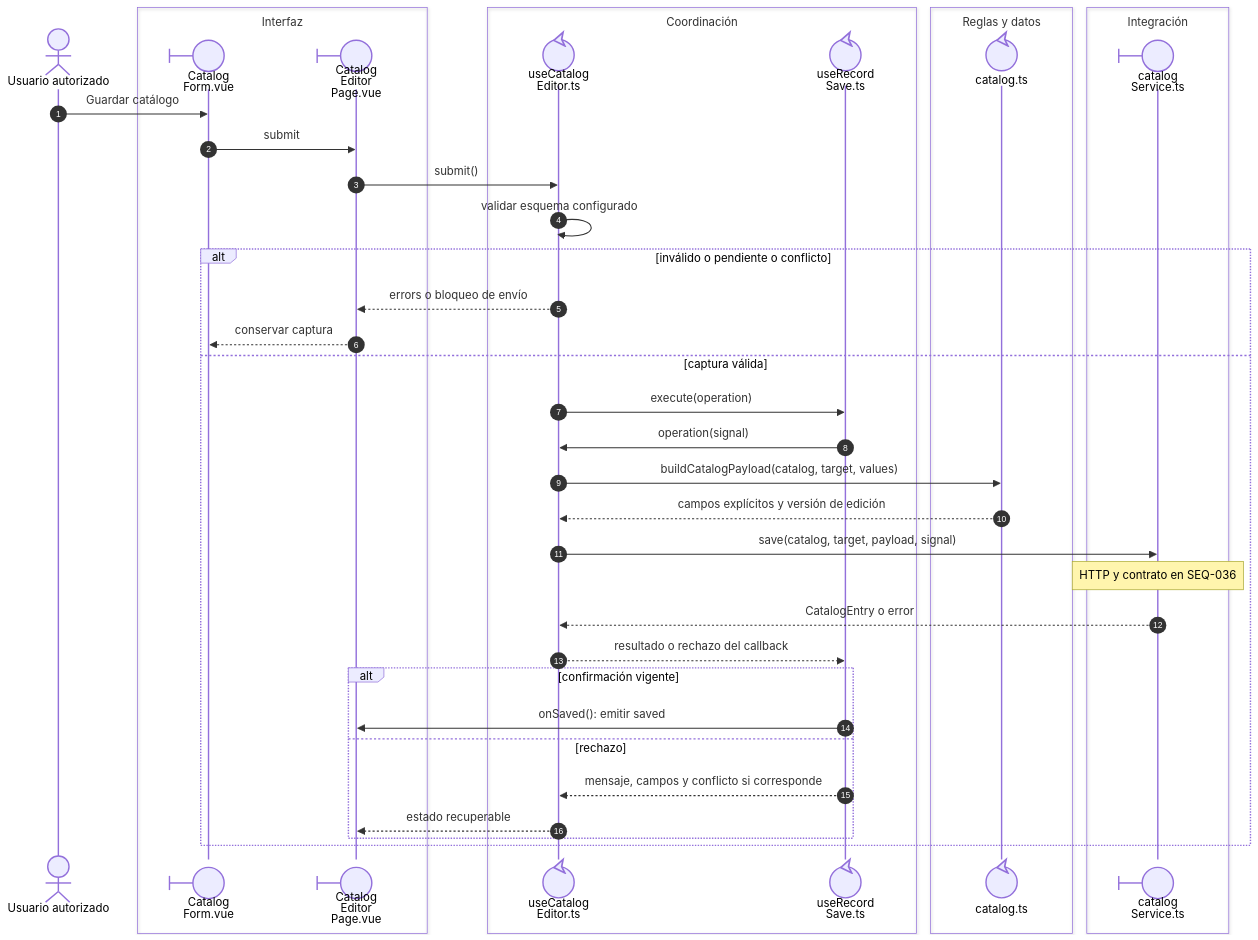
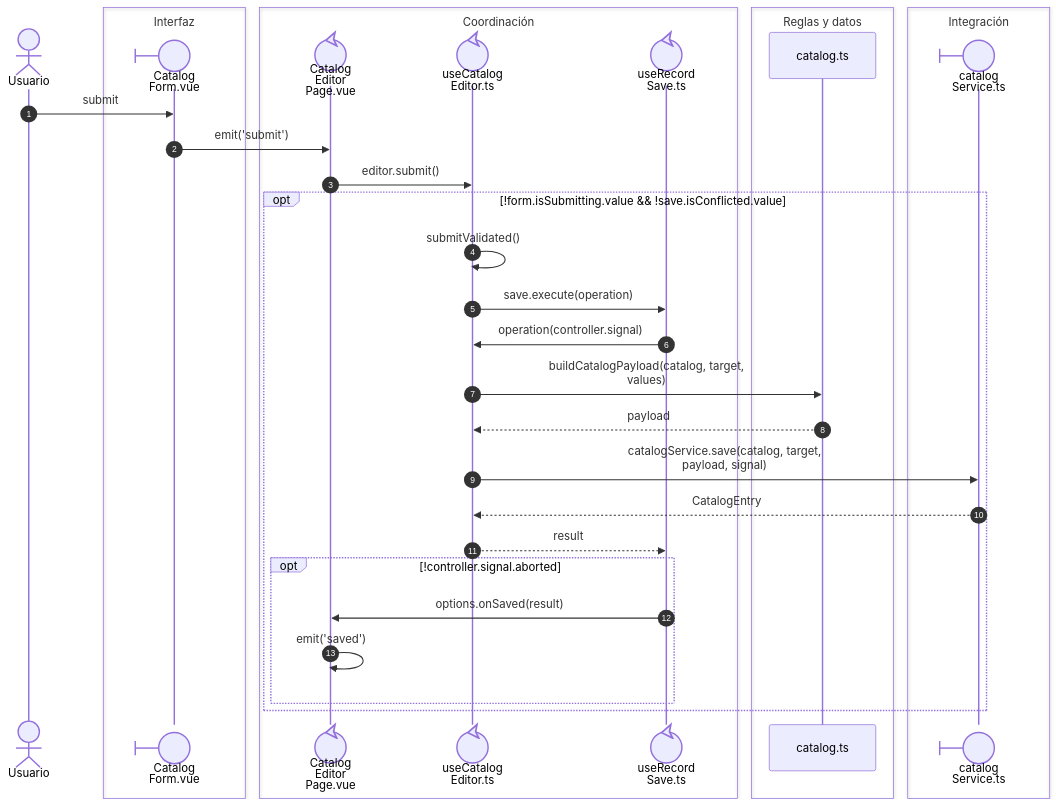
One commit to gpgsistemas01/nexus changed the first of 2 diagrams in front/docs/architecture/views/processes/03-catalogs-and-directory/01-catalog-record-save.md. Above: the diagram before and after it, drawn with Mermaid. The commit also changed other lines of this file and 43 other files, not shown here.

````diff
--- a/front/docs/architecture/views/processes/03-catalogs-and-directory/01-catalog-record-save.md
+++ b/front/docs/architecture/views/processes/03-catalogs-and-directory/01-catalog-record-save.md
@@ -13,42 +9,36 @@
 ```mermaid
 sequenceDiagram
     autonumber
-    actor U as Usuario autorizado
+    actor U as Usuario
     box Interfaz
     participant Form@{ "type": "boundary" } as Catalog<br/>Form.vue
-    participant Page@{ "type": "boundary" } as Catalog<br/>Editor<br/>Page.vue
     end
     box Coordinación
+    participant Page@{ "type": "control" } as Catalog<br/>Editor<br/>Page.vue
     participant Editor@{ "type": "control" } as useCatalog<br/>Editor.ts
     participant Save@{ "type": "control" } as useRecord<br/>Save.ts
     end
     box Reglas y datos
-    participant Payload@{ "type": "control" } as catalog.ts
+    participant Payload as catalog.ts
     end
     box Integración
     participant Service@{ "type": "boundary" } as catalog<br/>Service.ts
     end
-    U->>Form: Guardar catálogo
-    Form->>Page: submit
-    Page->>Editor: submit()
-    Editor->>Editor: validar esquema configurado
-    alt inválido o pendiente o conflicto
-        Editor-->>Page: errors o bloqueo de envío
-        Page-->>Form: conservar captura
-    else captura válida
-        Editor->>Save: execute(operation)
-        Save->>Editor: operation(signal)
-        Editor->>Payload: buildCatalogPayload(catalog, target, values)
-        Payload-->>Editor: campos explícitos y versión de edición
-        Editor->>Service: save(catalog, target, payload, signal)
-        Note over Service: HTTP y contrato en SEQ-036
-        Service-->>Editor: CatalogEntry o error
-        Editor-->>Save: resultado o rechazo del callback
-        alt confirmación vigente
-            Save->>Page: onSaved(): emitir saved
-        else rechazo
-            Save-->>Editor: mensaje, campos y conflicto si corresponde
-            Editor-->>Page: estado recuperable
+    U->>Form: nowrap: submit
+    Form->>Page: nowrap: emit('submit')
+    Page->>Editor: nowrap: editor.submit()
+    opt nowrap: !form.isSubmitting.value && !save.isConflicted.value
+        Editor->>Editor: nowrap: submitValidated()
+        Editor->>Save: nowrap: save.execute(operation)
+        Save->>Editor: nowrap: operation(controller.signal)
+        Editor->>Payload: nowrap: buildCatalogPayload(catalog, target,<br/>values)
+        Payload-->>Editor: nowrap: payload
+        Editor->>Service: nowrap: catalogService.save(catalog, target,<br/>payload, signal)
+        Service-->>Editor: nowrap: CatalogEntry
+        Editor-->>Save: nowrap: result
+        opt nowrap: !controller.signal.aborted
+            Save->>Page: nowrap: options.onSaved(result)
+            Page->>Page: nowrap: emit('saved')
         end
     end
 ```
````
